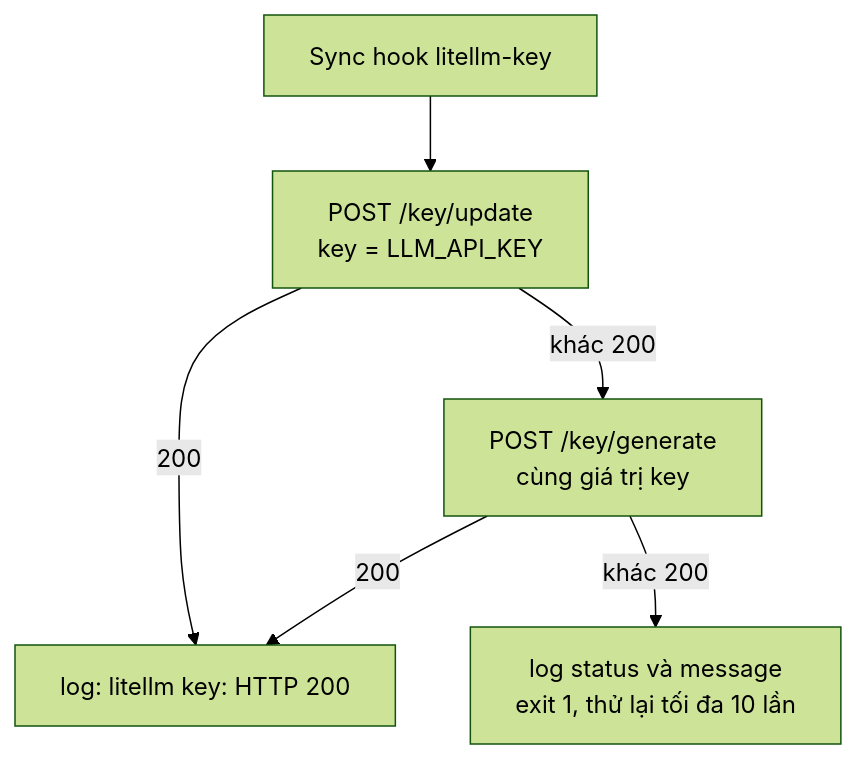
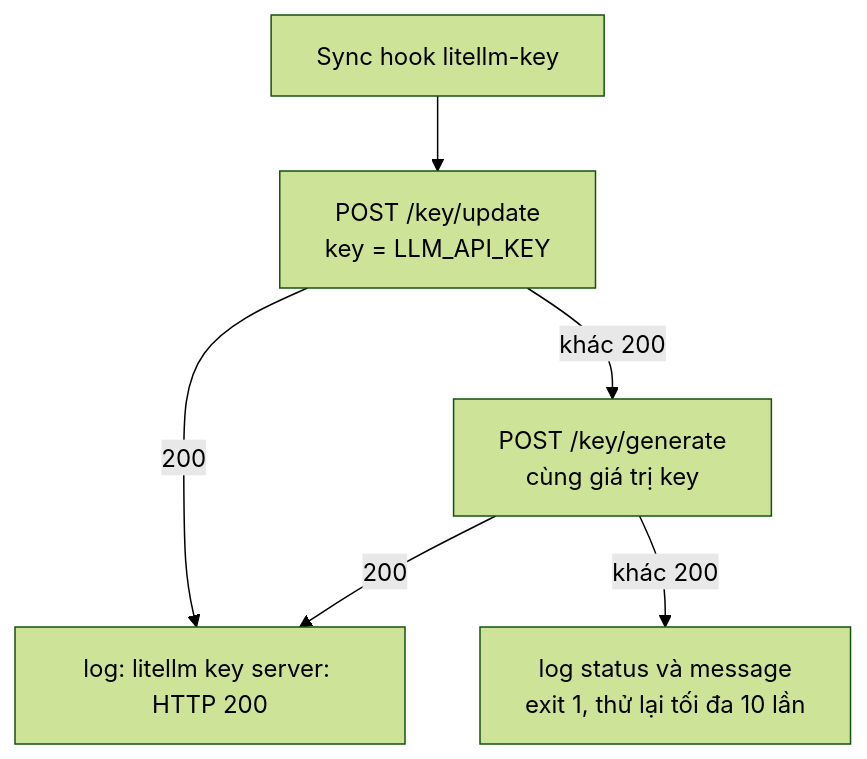
One commit to shopnexus/docs changed the third of 4 diagrams in web/src/content/docs/vi/operations/cluster/llm-gateway.mdx. Above: the diagram before and after it, drawn with Mermaid (forest theme). The commit also changed other lines of this file and 1 other file, not shown here.

Commit message:
docs: the stt alias, the server-stt key and the ai service

````diff
--- a/web/src/content/docs/vi/operations/cluster/llm-gateway.mdx
+++ b/web/src/content/docs/vi/operations/cluster/llm-gateway.mdx
@@ -70,8 +92,8 @@
 ```mermaid title="litellm-key ở mỗi lần sync"
 flowchart TD
   start["Sync hook litellm-key"] --> update["POST /key/update<br/>key = LLM_API_KEY"]
-  update -->|200| ok["log: litellm key: HTTP 200"]
+  update -->|200| ok["log: litellm key server: HTTP 200"]
   update -->|khác 200| generate["POST /key/generate<br/>cùng giá trị key"]
   generate -->|200| ok
   generate -->|khác 200| fail["log status và message<br/>exit 1, thử lại tối đa 10 lần"]
 ```
````
